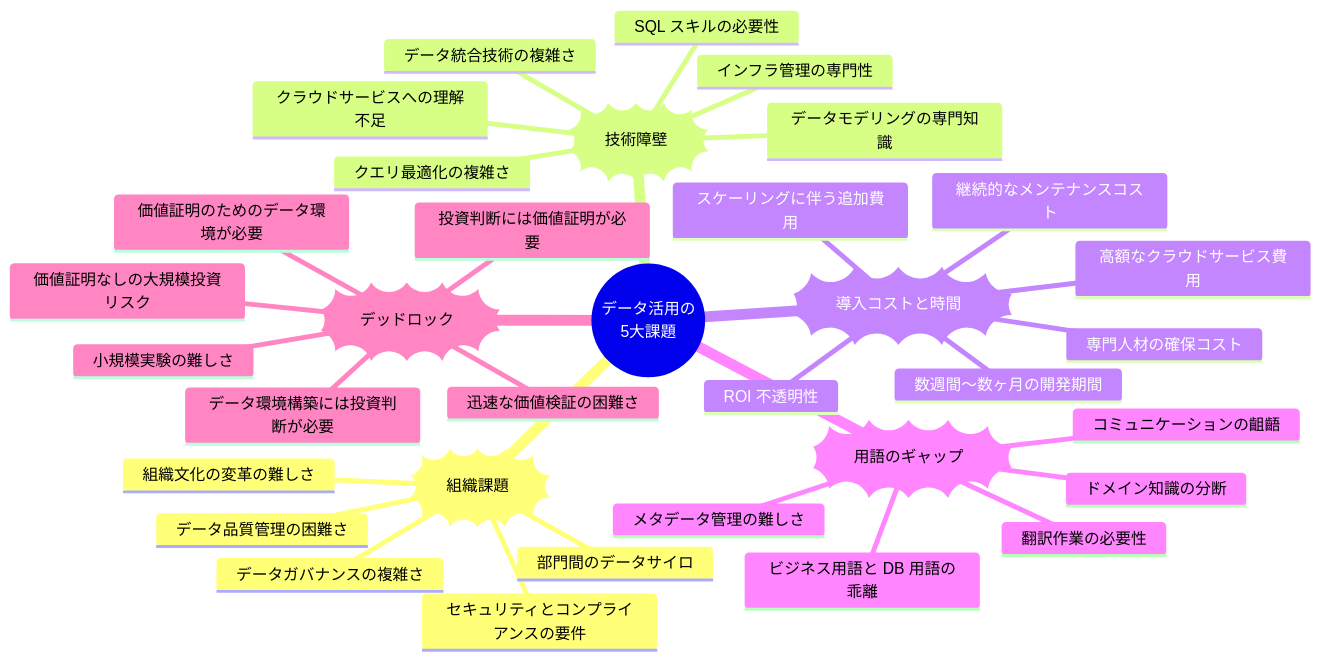
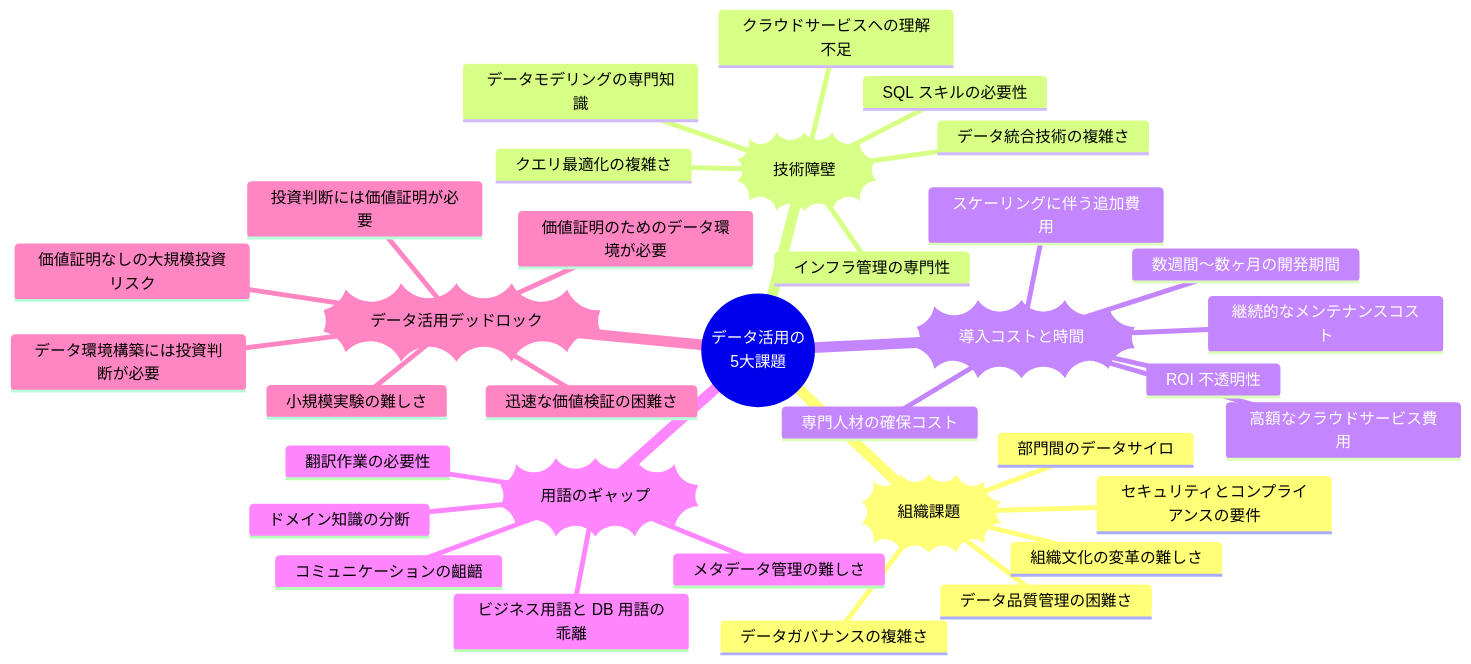
The first of 2 diagrams in databases/wren/blog/README.md (littlemex/aws-samples), drawn with Mermaid before and after one commit. The commit also changed other lines of this file, not shown here.

````diff
--- a/databases/wren/blog/README.md
+++ b/databases/wren/blog/README.md
@@ -20,42 +4,42 @@
 ```mermaid
 mindmap
   root((データ活用の<br>5大課題))
     ))組織課題((
       ::icon(fa fa-users)
       部門間のデータサイロ
       データガバナンスの複雑さ
       組織文化の変革の難しさ
       データ品質管理の困難さ
       セキュリティとコンプライアンスの要件
     ))技術障壁((
       ::icon(fa fa-code)
       SQL スキルの必要性
       データモデリングの専門知識
       クエリ最適化の複雑さ
       クラウドサービスへの理解不足
       データ統合技術の複雑さ
       インフラ管理の専門性
     ))導入コストと時間((
       ::icon(fa fa-money-bill)
       高額なクラウドサービス費用
       専門人材の確保コスト
       数週間〜数ヶ月の開発期間
       継続的なメンテナンスコスト
       スケーリングに伴う追加費用
       ROI 不透明性
     ))用語のギャップ((
       ::icon(fa fa-language)
       ビジネス用語と DB 用語の乖離
       コミュニケーションの齟齬
       翻訳作業の必要性
       ドメイン知識の分断
       メタデータ管理の難しさ
-    ))デッドロック((
+    ))データ活用デッドロック((
       ::icon(fa fa-lock)
       価値証明のためのデータ環境が必要
       データ環境構築には投資判断が必要
       投資判断には価値証明が必要
       価値証明なしの大規模投資リスク
       小規模実験の難しさ
       迅速な価値検証の困難さ
 ```
````
